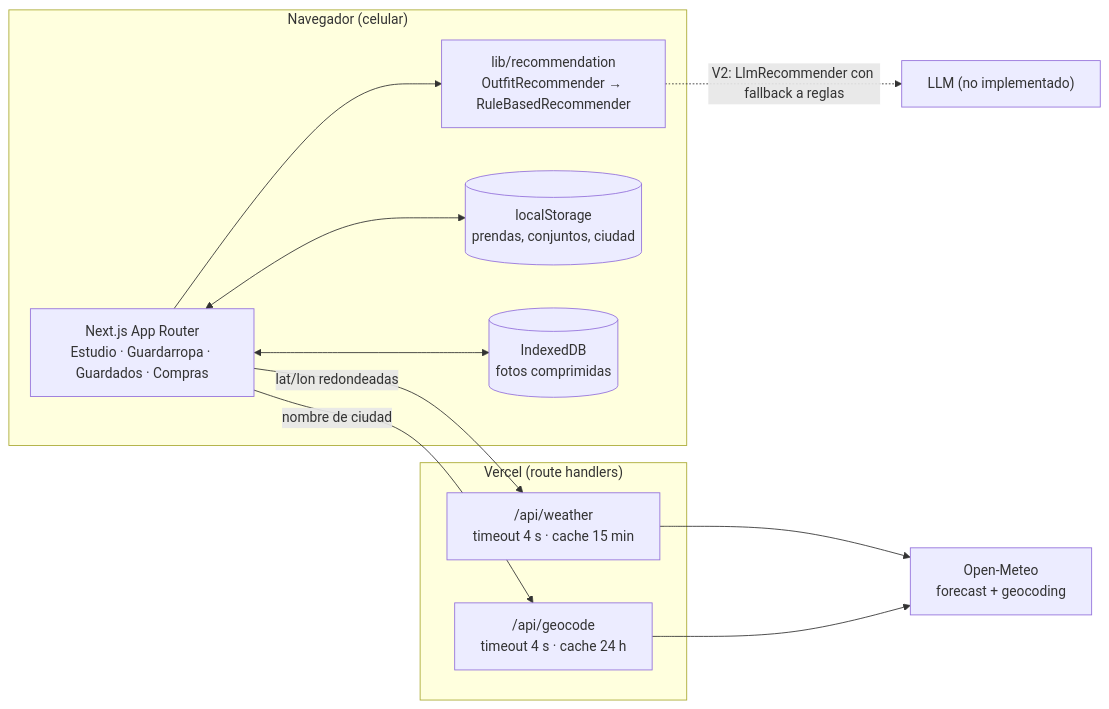
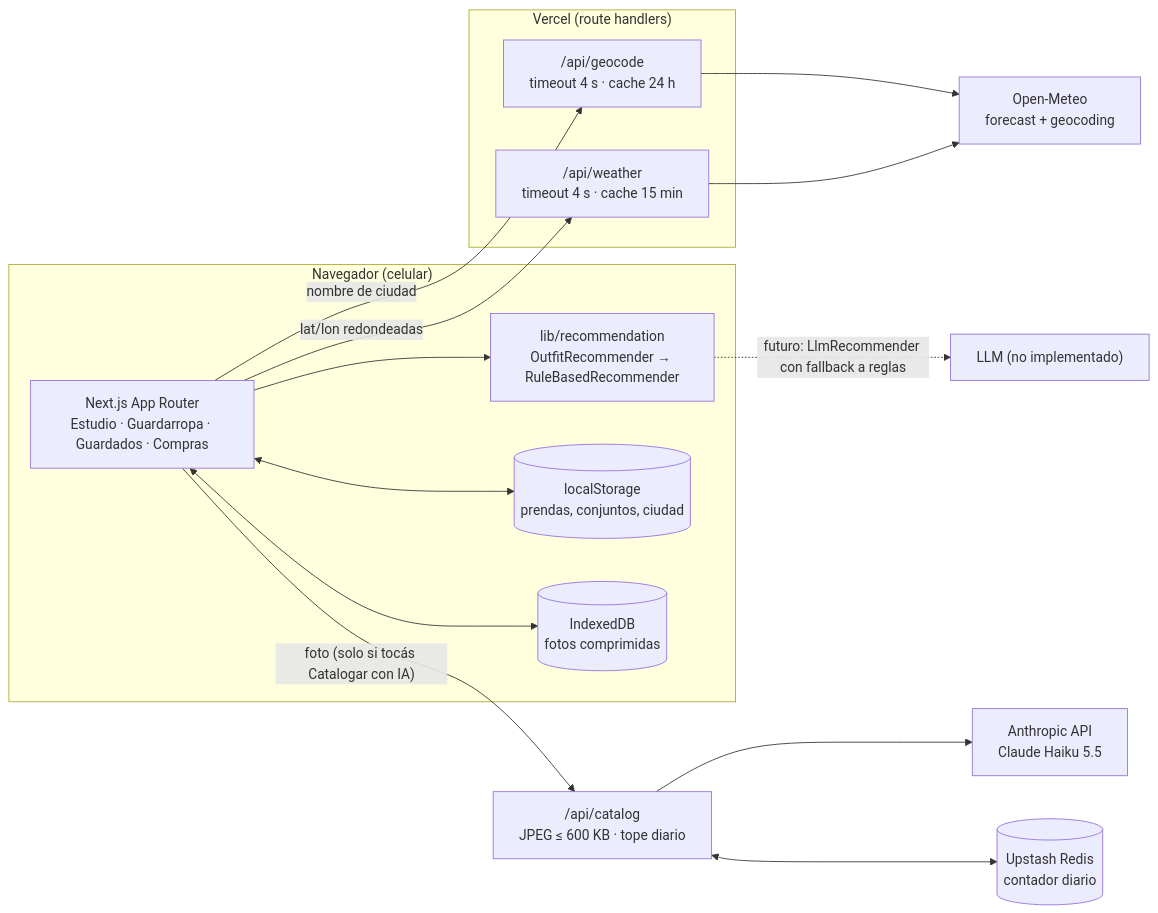
Before and after one commit to brunopintos98/smart-closet-ai: the diagram in README.md, drawn with Mermaid. The commit also changed other lines of this file and 2 other files, not shown here.

````diff
--- a/README.md
+++ b/README.md
@@ -53,20 +53,23 @@
 ```mermaid
 flowchart LR
   subgraph Browser["Navegador (celular)"]
     UI["Next.js App Router<br/>Estudio · Guardarropa · Guardados · Compras"]
     REC["lib/recommendation<br/>OutfitRecommender → RuleBasedRecommender"]
     LS[("localStorage<br/>prendas, conjuntos, ciudad")]
     IDB[("IndexedDB<br/>fotos comprimidas")]
     UI --> REC
     UI <--> LS
     UI <--> IDB
   end
   subgraph Vercel["Vercel (route handlers)"]
     W["/api/weather<br/>timeout 4 s · cache 15 min"]
     G["/api/geocode<br/>timeout 4 s · cache 24 h"]
   end
   OM["Open-Meteo<br/>forecast + geocoding"]
   UI -- "lat/lon redondeadas" --> W --> OM
   UI -- "nombre de ciudad" --> G --> OM
-  REC -. "V2: LlmRecommender con fallback a reglas" .-> LLM["LLM (no implementado)"]
+  C["/api/catalog<br/>JPEG ≤ 600 KB · tope diario"]
+  UI -- "foto (solo si tocás Catalogar con IA)" --> C --> AN["Anthropic API<br/>Claude Haiku 5.5"]
+  C <--> R[("Upstash Redis<br/>contador diario")]
+  REC -. "futuro: LlmRecommender con fallback a reglas" .-> LLM["LLM (no implementado)"]
 ```
````
